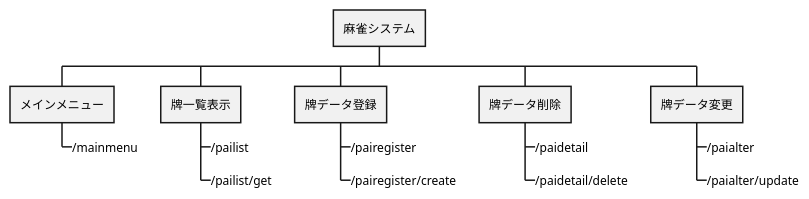
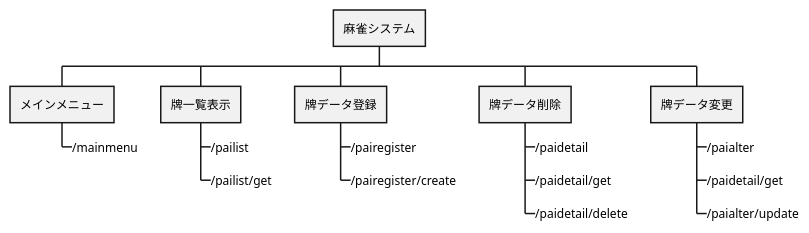
Before and after one commit to NakataTPD/2018-k-web-training: the first of 14 diagrams in document/詳細設計書/詳細設計書.md, drawn with PlantUML. The commit also changed other lines of this file and 1 other file, not shown here.

````diff
--- a/document/詳細設計書/詳細設計書.md
+++ b/document/詳細設計書/詳細設計書.md
@@ -88,19 +114,21 @@
 ```puml
 @startwbs
 + 麻雀システム
 ++ メインメニュー
 +++_ /mainmenu
 ++ 牌一覧表示
 +++_ /pailist
 +++_ /pailist/get
 ++ 牌データ登録
 +++_ /pairegister
 +++_ /pairegister/create
 ++ 牌データ削除
 +++_ /paidetail
++++_ /paidetail/get
 +++_ /paidetail/delete
 ++ 牌データ変更
 +++_ /paialter
++++_ /paidetail/get
 +++_ /paialter/update
 @endwbs
 ```
````
